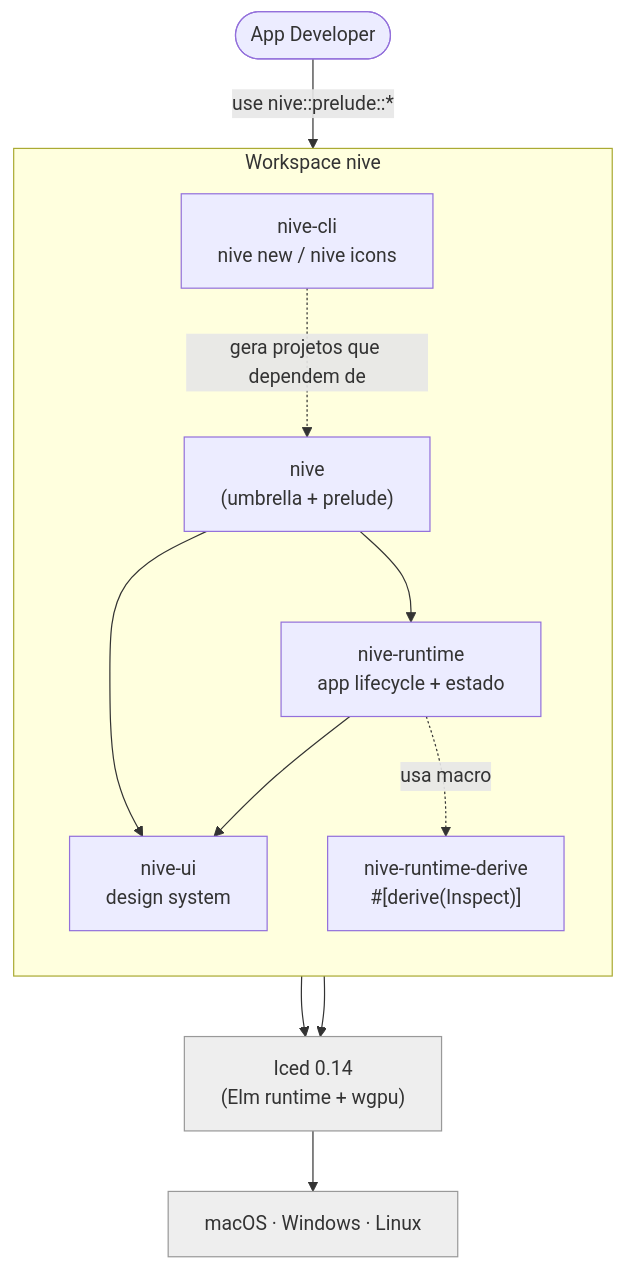
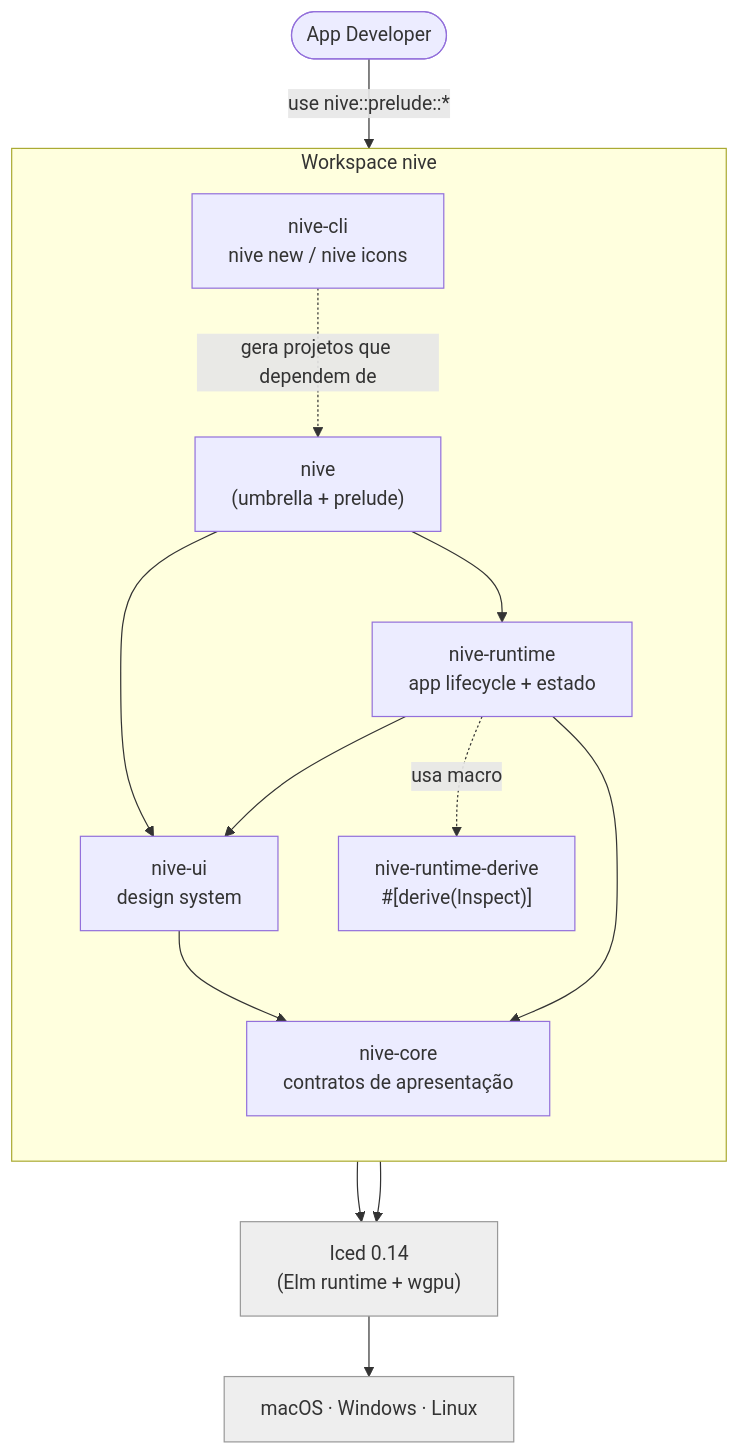
The diagram in docs/architecture/README.md (JirlanSouza/nive), drawn with Mermaid before and after one commit. The commit also changed other lines of this file and 7 other files, not shown here.

First line of the commit message:
docs: update architecture, API surface, and component docs for nive-core

````diff
--- a/docs/architecture/README.md
+++ b/docs/architecture/README.md
@@ -28,26 +29,29 @@
 ```mermaid
 flowchart TD
     dev([App Developer]) -->|use nive::prelude::*| nive
 
     subgraph nive["Workspace nive"]
         direction TB
         umbrella["nive<br/>(umbrella + prelude)"]
         ui["nive-ui<br/>design system"]
         rt["nive-runtime<br/>app lifecycle + estado"]
+        core["nive-core<br/>contratos de apresentação"]
         derive["nive-runtime-derive<br/>#[derive(Inspect)]"]
         cli["nive-cli<br/>nive new / nive icons"]
 
         umbrella --> ui
         umbrella --> rt
         rt --> ui
+        ui --> core
+        rt --> core
         rt -. usa macro .-> derive
     end
 
     ui --> iced["Iced 0.14<br/>(Elm runtime + wgpu)"]
     rt --> iced
     iced --> os["macOS · Windows · Linux"]
     cli -.->|gera projetos que dependem de| umbrella
 
     classDef ext fill:#eee,stroke:#999,color:#333;
     class iced,os ext;
 ```
````
